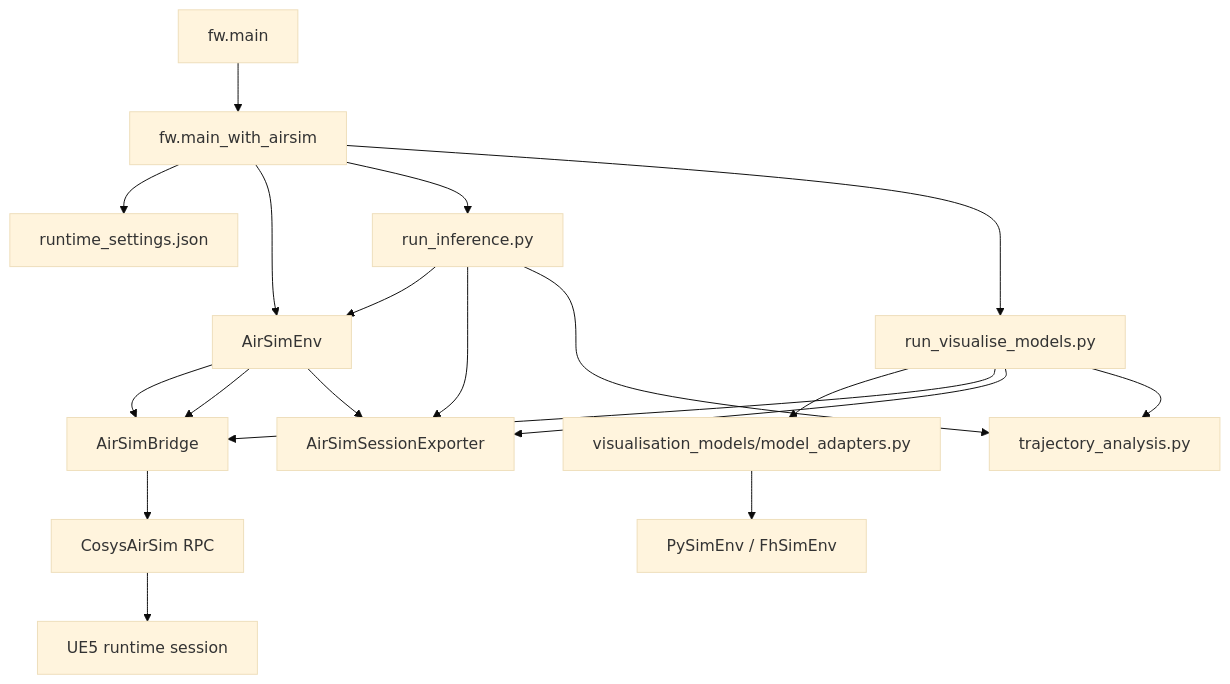
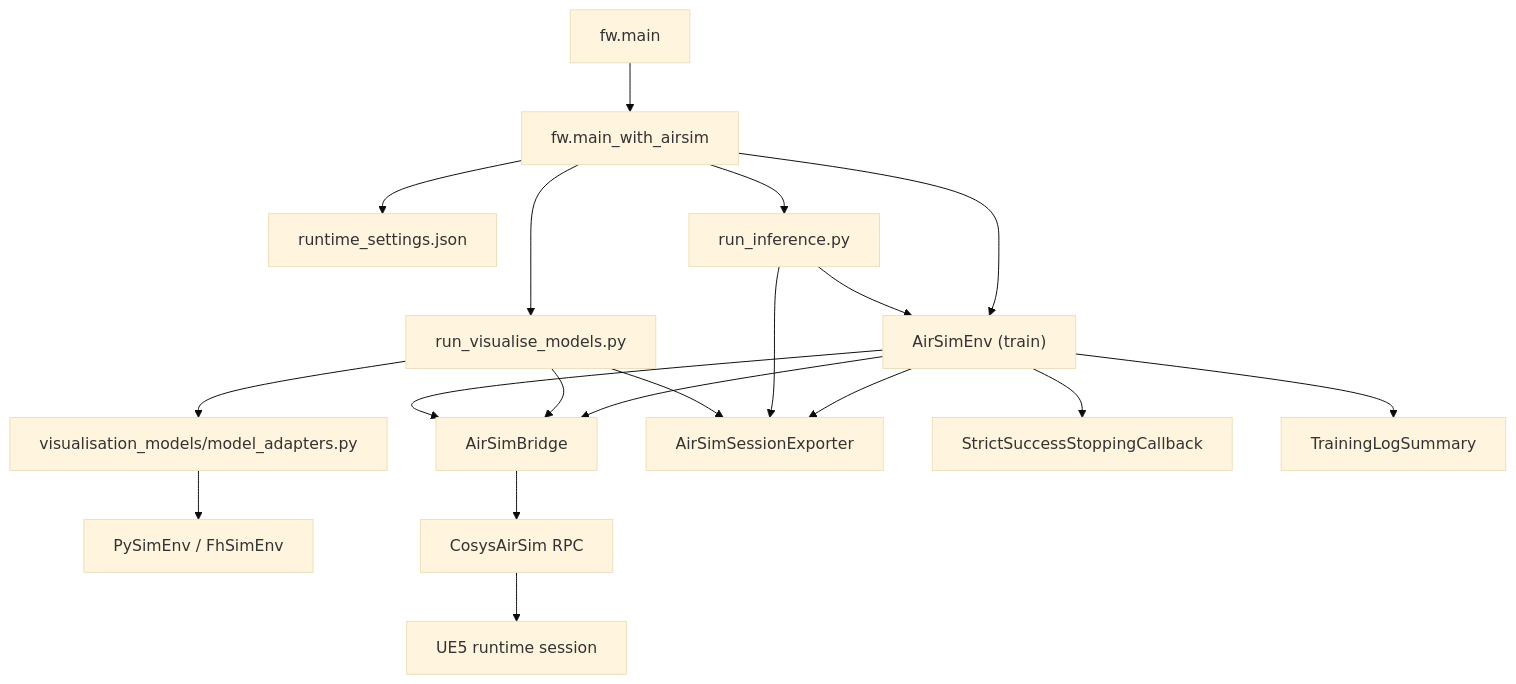
Before and after one commit to UAntwerpM4S/RudoLF: the second of 6 diagrams in docs/airsim_architecture.md, drawn with Mermaid (base theme). The commit also changed other lines of this file and 4 other files, not shown here.

````diff
--- a/docs/airsim_architecture.md
+++ b/docs/airsim_architecture.md
@@ -30,25 +30,26 @@
 ```mermaid
 flowchart TD
     A["fw.main"] --> B["fw.main_with_airsim"]
     B --> C["runtime_settings.json"]
 
-    B --> D["AirSimEnv"]
+    B --> D["AirSimEnv (train)"]
     B --> E["run_inference.py"]
     B --> F["run_visualise_models.py"]
 
     D --> G["AirSimBridge"]
     E --> D
     F --> H["visualisation_models/model_adapters.py"]
     H --> I["PySimEnv / FhSimEnv"]
     F --> G
     D --> G
 
     G --> J["CosysAirSim RPC"]
     J --> K["UE5 runtime session"]
 
     D --> L["AirSimSessionExporter"]
     E --> L
     F --> L
-    E --> M["trajectory_analysis.py"]
-    F --> M
+
+    D --> M["StrictSuccessStoppingCallback"]
+    D --> N["TrainingLogSummary"]
 ```
````
